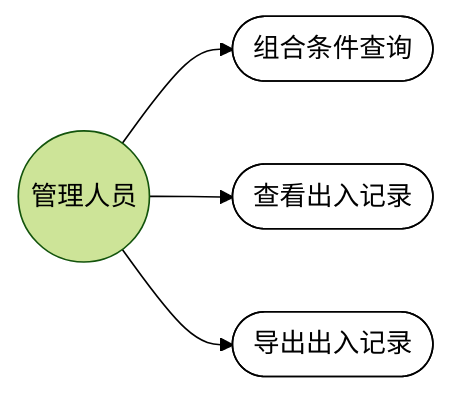
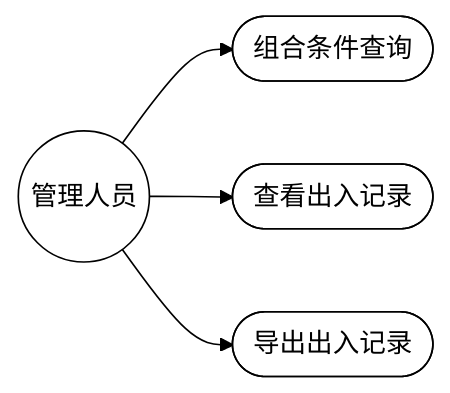
One commit to carl-Tu/campus-management changed the fourth of 24 diagrams in docs/功能需求分析与用例图.md. Above: the diagram before and after it, drawn with Mermaid (forest theme). The commit also changed other lines of this file, not shown here.

Commit message:
fix：图形统一白色背景黑色边框，样式覆盖全部节点

````diff
--- a/docs/功能需求分析与用例图.md
+++ b/docs/功能需求分析与用例图.md
@@ -101,14 +101,14 @@
 ```mermaid
 flowchart LR
   Manager(("管理人员"))
   UC1(["组合条件查询"])
   UC2(["查看出入记录"])
   UC3(["导出出入记录"])
 
   Manager --> UC1
   Manager --> UC2
   Manager --> UC3
 
   classDef uc fill:#ffffff,stroke:#000000,stroke-width:1px,color:#000000
-  class UC1,UC2,UC3 uc
+  class Manager,UC1,UC2,UC3 uc
 ```
````
